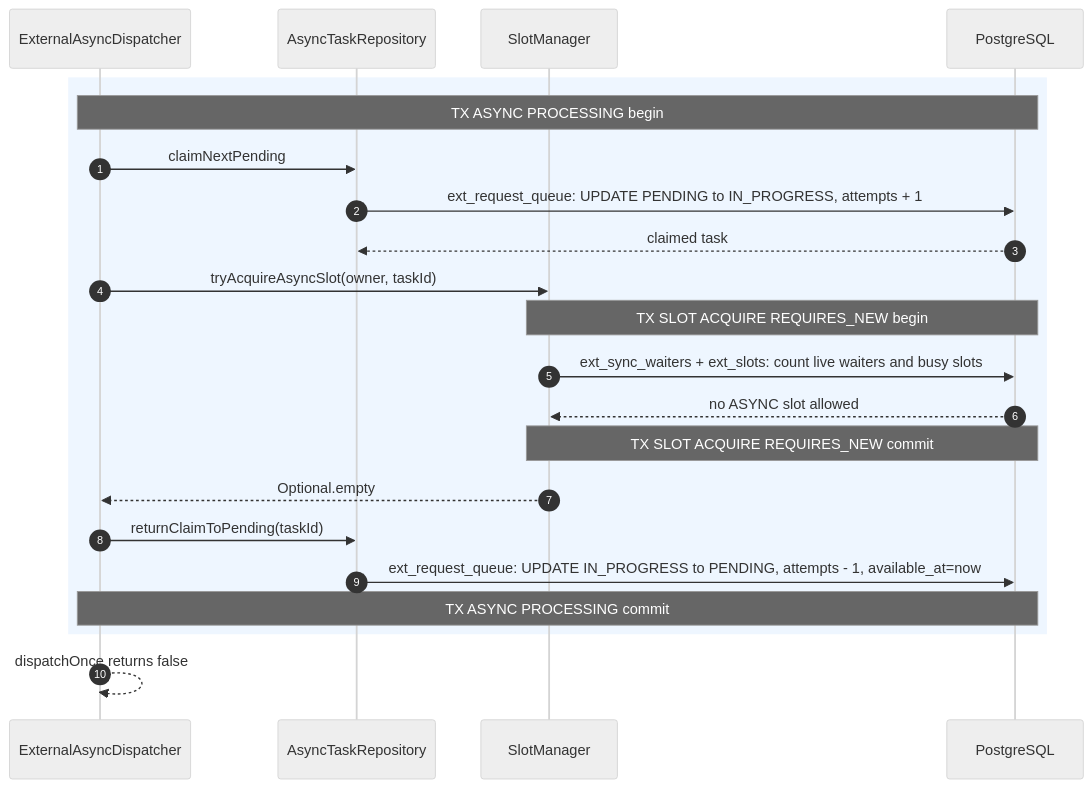
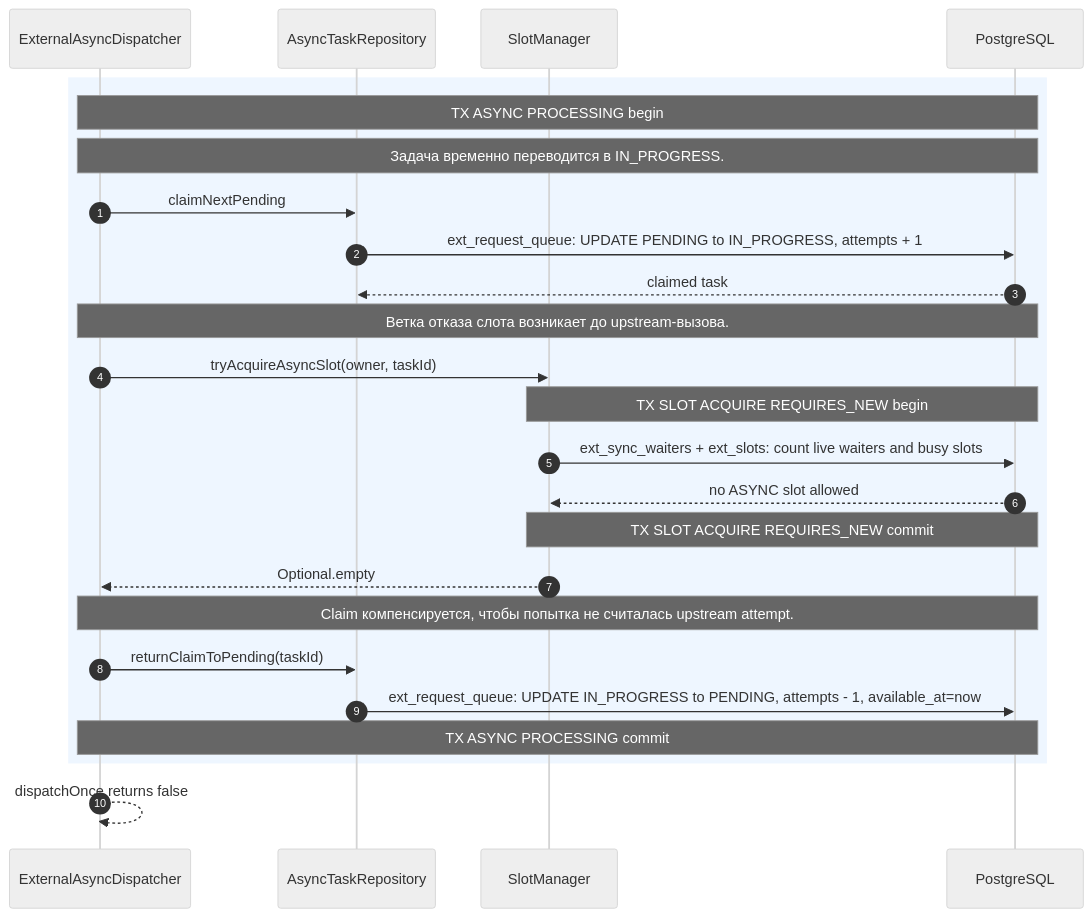
One commit to DenisVanin4402/TestQwenCli changed the sixth of 12 diagrams in docs/external-service-gateway/architecture/06-sequence-async.md. Above: the diagram before and after it, drawn with Mermaid (neutral theme). The commit also changed other lines of this file and 2 other files, not shown here.

Commit message:
диаграммы обновлены детализацией sequence

````diff
--- a/docs/external-service-gateway/architecture/06-sequence-async.md
+++ b/docs/external-service-gateway/architecture/06-sequence-async.md
@@ -184,25 +316,28 @@
 ```mermaid
 sequenceDiagram
     autonumber
     participant Dispatcher as ExternalAsyncDispatcher
     participant Tasks as AsyncTaskRepository
     participant Slots as SlotManager
     participant DB as PostgreSQL
 
     rect rgb(238, 246, 255)
         Note over Dispatcher,DB: TX ASYNC PROCESSING begin
+        Note over Dispatcher,DB: Задача временно переводится в IN_PROGRESS.
         Dispatcher->>Tasks: claimNextPending
         Tasks->>DB: ext_request_queue: UPDATE PENDING to IN_PROGRESS, attempts + 1
         DB-->>Tasks: claimed task
+        Note over Dispatcher,DB: Ветка отказа слота возникает до upstream-вызова.
         Dispatcher->>Slots: tryAcquireAsyncSlot(owner, taskId)
         Note over Slots,DB: TX SLOT ACQUIRE REQUIRES_NEW begin
         Slots->>DB: ext_sync_waiters + ext_slots: count live waiters and busy slots
         DB-->>Slots: no ASYNC slot allowed
         Note over Slots,DB: TX SLOT ACQUIRE REQUIRES_NEW commit
         Slots-->>Dispatcher: Optional.empty
+        Note over Dispatcher,DB: Claim компенсируется, чтобы попытка не считалась upstream attempt.
         Dispatcher->>Tasks: returnClaimToPending(taskId)
         Tasks->>DB: ext_request_queue: UPDATE IN_PROGRESS to PENDING, attempts - 1, available_at=now
         Note over Dispatcher,DB: TX ASYNC PROCESSING commit
     end
     Dispatcher-->>Dispatcher: dispatchOnce returns false
 ```
````
